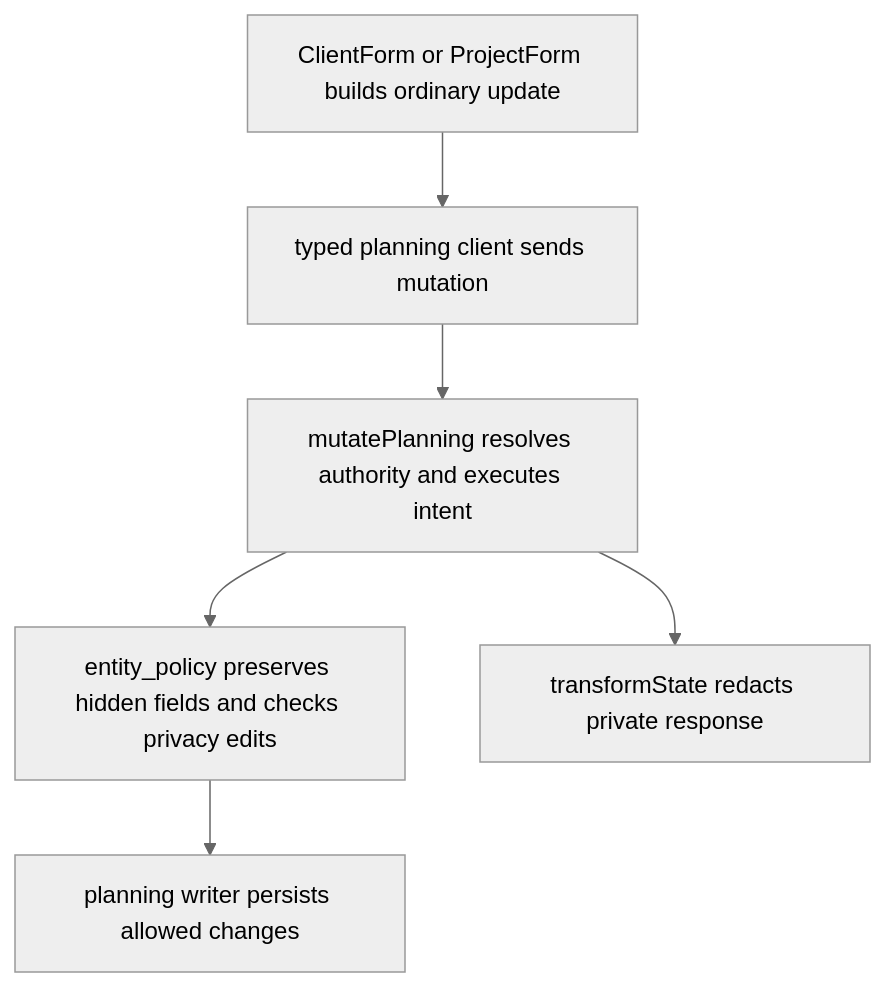
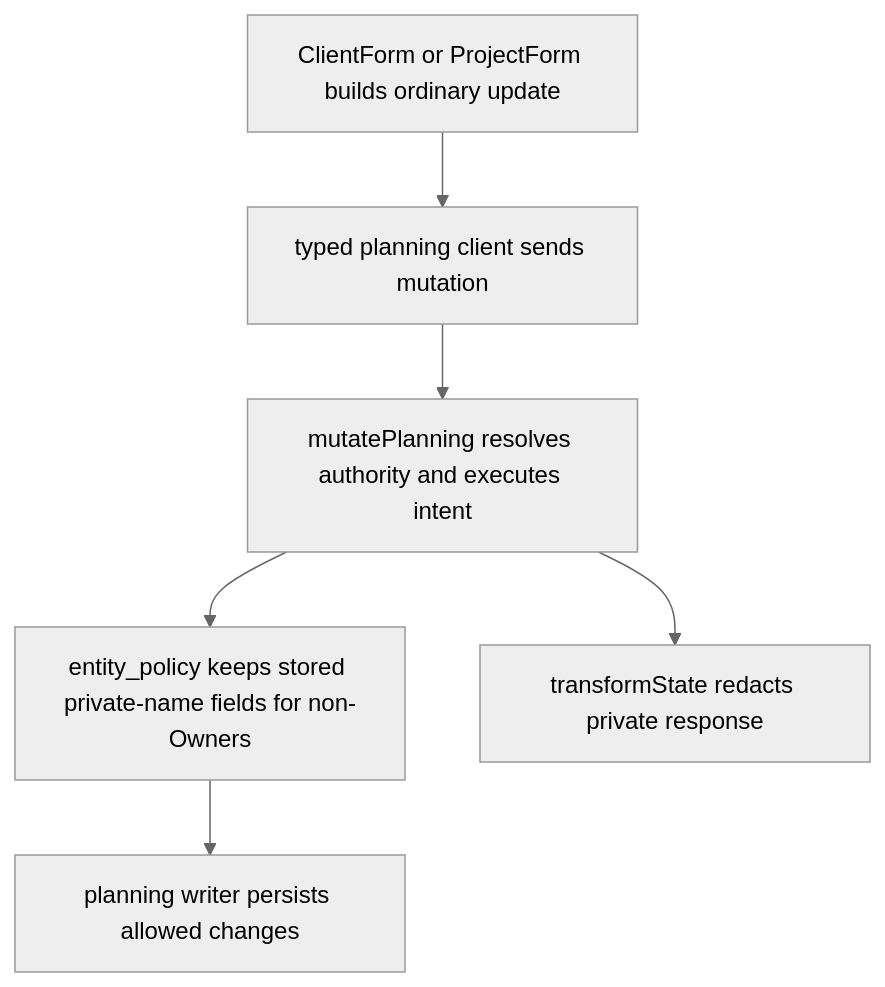
One commit to Kevinjohn/capacitylens changed the second of 2 diagrams in user-stories/privacy/US-PRI-02-preserve-private-identities-on-writes.md. Above: the diagram before and after it, drawn with Mermaid (neutral theme). The commit also changed other lines of this file and 119 other files, not shown here.

First line of the commit message:
docs: correct story text and flow diagrams against current source

````diff
--- a/user-stories/privacy/US-PRI-02-preserve-private-identities-on-writes.md
+++ b/user-stories/privacy/US-PRI-02-preserve-private-identities-on-writes.md
@@ -30,8 +31,8 @@
 ```mermaid
 flowchart TD
   ui["ClientForm or ProjectForm builds ordinary update"] --> client["typed planning client sends mutation"]
   client --> server["mutatePlanning resolves authority and executes intent"]
-  server --> policy["entity_policy preserves hidden fields and checks privacy edits"]
+  server --> policy["entity_policy keeps stored private-name fields for non-Owners"]
   policy --> writer["planning writer persists allowed changes"]
   server --> response["transformState redacts private response"]
 ```
````
